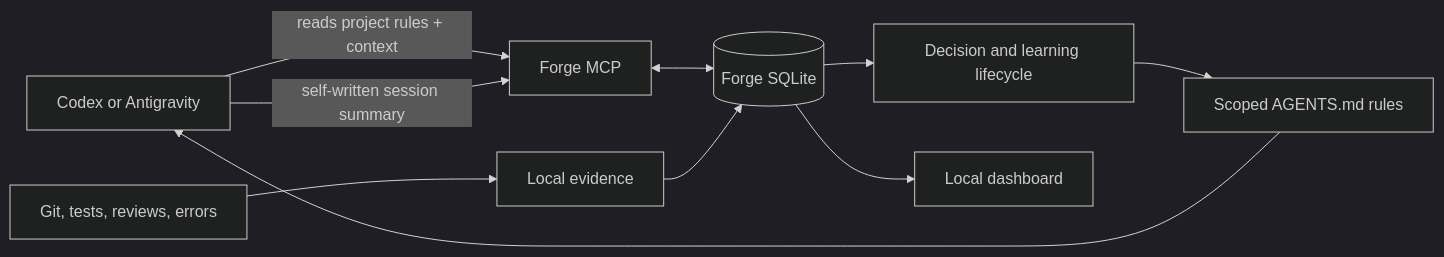
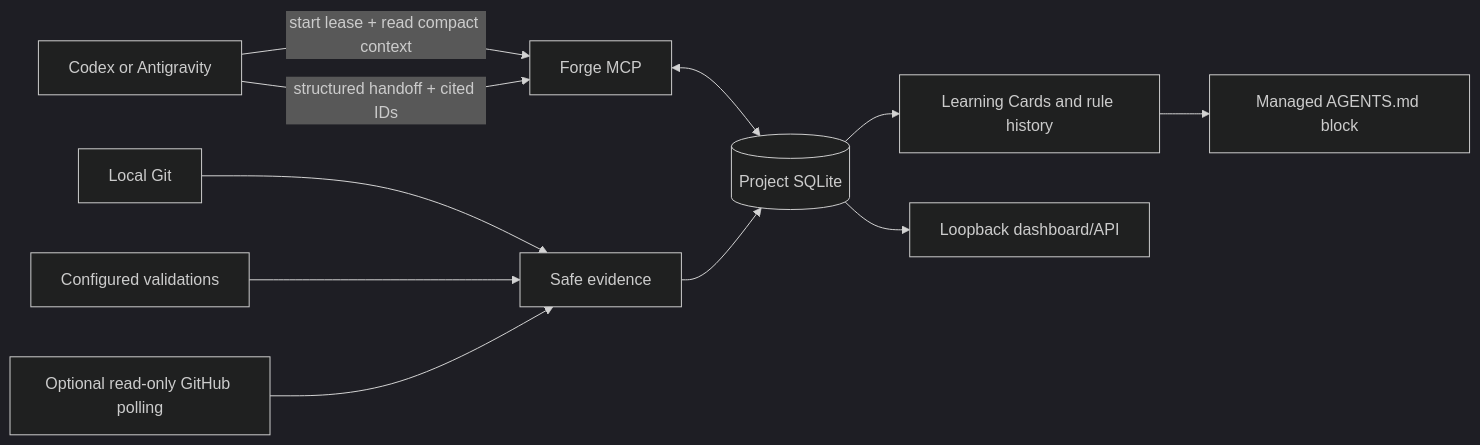
The diagram in README.md (jeel1566/Forge), drawn with Mermaid (dark theme) before and after one commit. The commit also changed other lines of this file and 19 other files, not shown here.

````diff
--- a/README.md
+++ b/README.md
@@ -16,12 +20,13 @@
 ```mermaid
 flowchart LR
-  A[Codex or Antigravity] -->|reads project rules + context| M[Forge MCP]
-  A -->|self-written session summary| M
-  G[Git, tests, reviews, errors] --> E[Local evidence]
-  M <--> D[(Forge SQLite)]
-  E --> D
-  D --> L[Decision and learning lifecycle]
-  L --> R[Scoped AGENTS.md rules]
-  R --> A
-  D --> UI[Local dashboard]
+  Agent[Codex or Antigravity] -->|start lease + read compact context| MCP[Forge MCP]
+  Agent -->|structured handoff + cited IDs| MCP
+  Git[Local Git] --> Evidence[Safe evidence]
+  Checks[Configured validations] --> Evidence
+  GitHub[Optional read-only GitHub polling] --> Evidence
+  MCP <--> SQLite[(Project SQLite)]
+  Evidence --> SQLite
+  SQLite --> Cards[Learning Cards and rule history]
+  Cards --> Projection[Managed AGENTS.md block]
+  SQLite --> Dashboard[Loopback dashboard/API]
 ```
````
